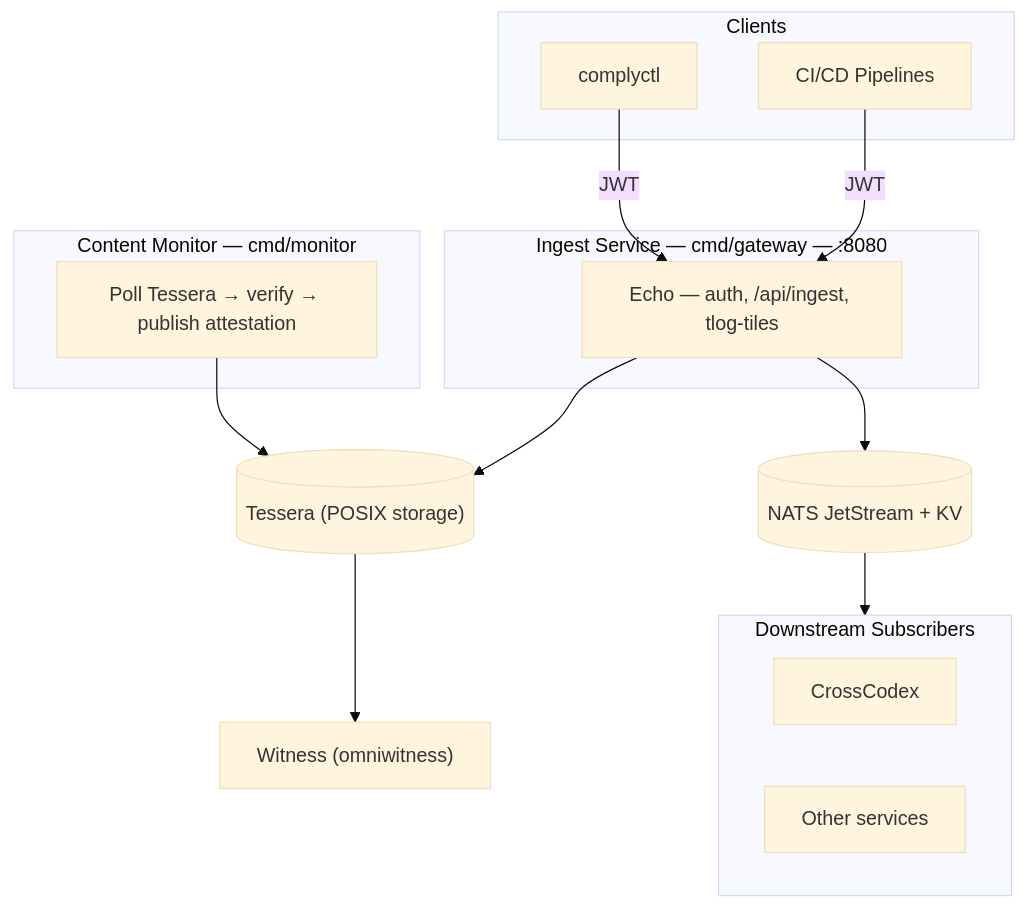
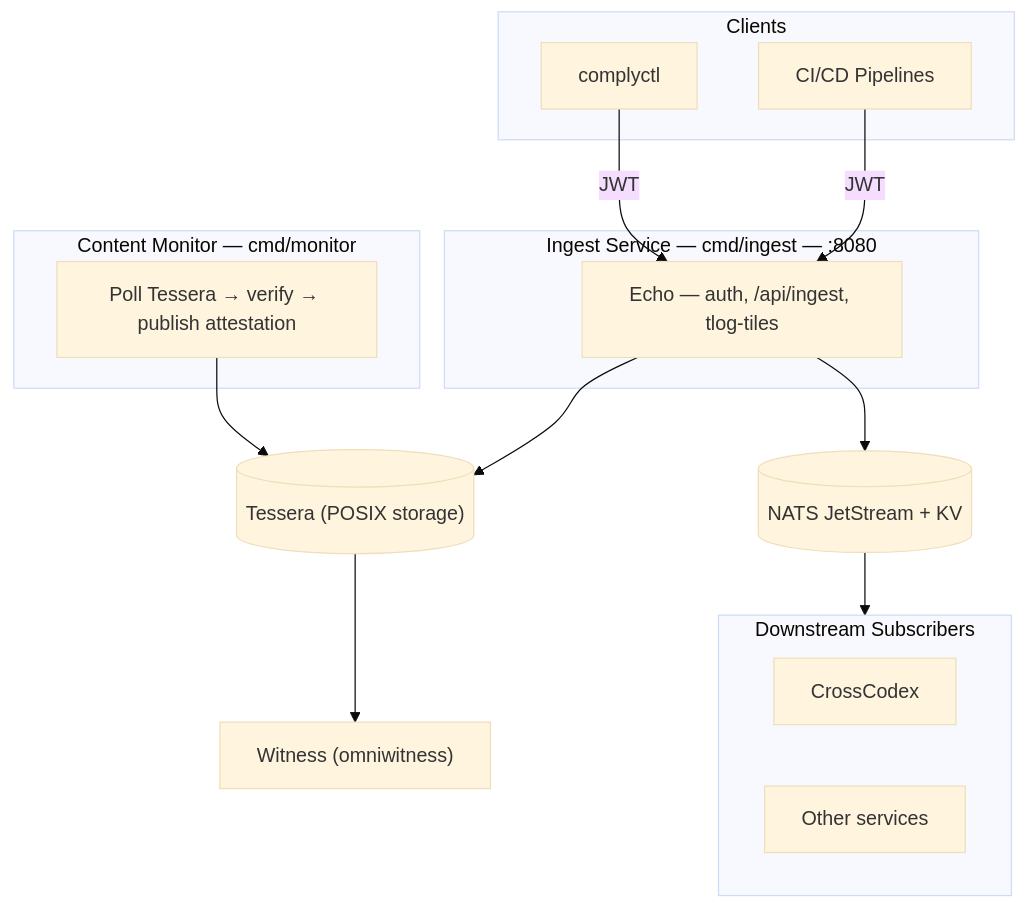
The first of 2 diagrams in docs/architecture.md (complytime-labs/complytime-core), drawn with Mermaid (base theme) before and after one commit. The commit also changed other lines of this file and 15 other files, not shown here.

First line of the commit message:
refactor: rename cmd/gateway to cmd/ingest

````diff
--- a/docs/architecture.md
+++ b/docs/architecture.md
@@ -22,32 +22,32 @@
 ```mermaid
 flowchart TB
   subgraph Clients
     complyctl["complyctl"]
     CI["CI/CD Pipelines"]
   end
 
-  subgraph Ingest["Ingest Service — cmd/gateway — :8080"]
+  subgraph Ingest["Ingest Service — cmd/ingest — :8080"]
     Echo["Echo — auth, /api/ingest, tlog-tiles"]
   end
 
   Tessera[("Tessera (POSIX storage)")]
   NATS[("NATS JetStream + KV")]
   Witness["Witness (omniwitness)"]
 
   subgraph Monitor["Content Monitor — cmd/monitor"]
     WS["Poll Tessera → verify → publish attestation"]
   end
 
   subgraph Downstream["Downstream Subscribers"]
     CrossCodex["CrossCodex"]
     Other["Other services"]
   end
 
   complyctl -->|"JWT"| Echo
   CI -->|"JWT"| Echo
   Echo --> Tessera
   Echo --> NATS
   Tessera --> Witness
   WS --> Tessera
   NATS --> Downstream
 ```
````
